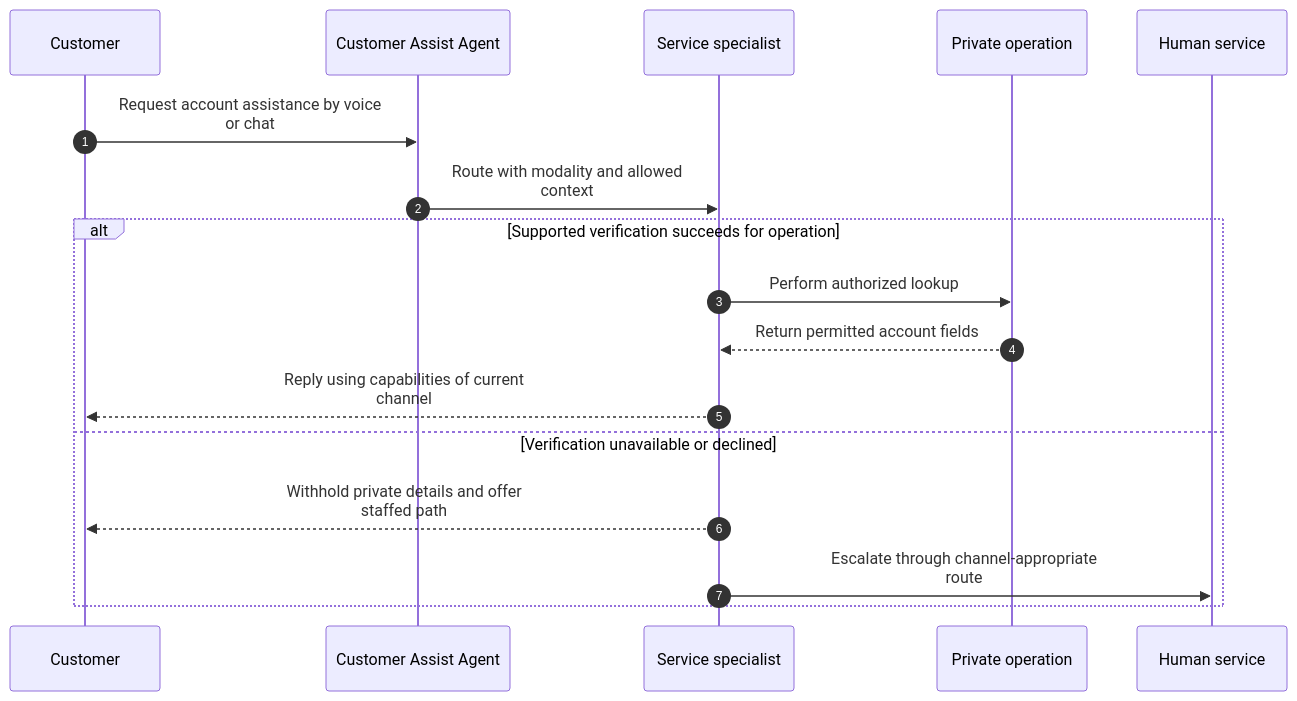
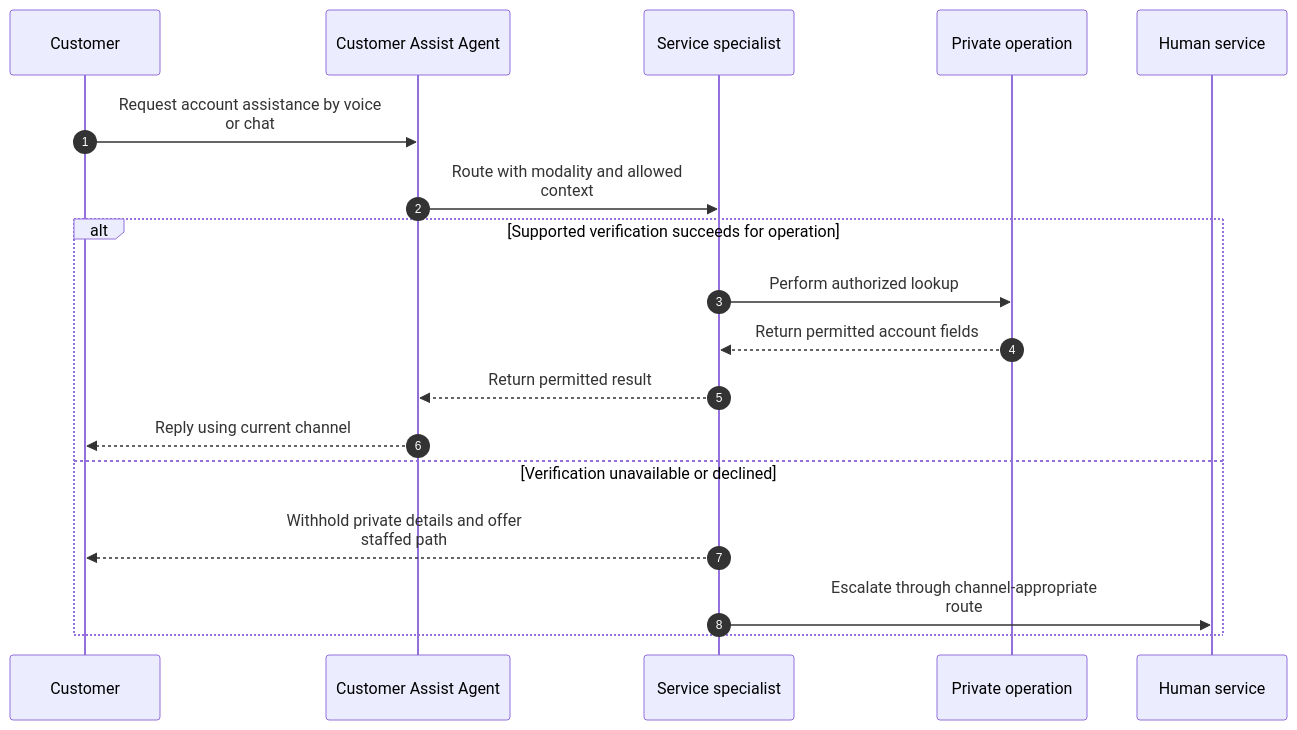
Before and after one commit to abhishek-ai-enabler/copilotstudio-architecture-patterns: the second of 2 diagrams in technical-patterns/customer-voice-chat.md, drawn with Mermaid. The commit also changed other lines of this file and 21 other files, not shown here.

````diff
--- a/technical-patterns/customer-voice-chat.md
+++ b/technical-patterns/customer-voice-chat.md
@@ -38,20 +39,21 @@
 ```mermaid
 sequenceDiagram
     accTitle: Design distinct voice and chat paths for one customer service - technical flow
     autonumber
     participant U as Customer
     participant A as Customer Assist Agent
     participant S as Service specialist
     participant T as Private operation
     participant H as Human service
     U->>A: Request account assistance by voice<br/>or chat
     A->>S: Route with modality and allowed<br/>context
     alt Supported verification succeeds for operation
       S->>T: Perform authorized lookup
       T-->>S: Return permitted account fields
-      S-->>U: Reply using capabilities of current<br/>channel
+      S-->>A: Return permitted result
+      A-->>U: Reply using current channel
     else Verification unavailable or declined
       S-->>U: Withhold private details and offer<br/>staffed path
       S->>H: Escalate through channel-appropriate<br/>route
     end
 ```
````
